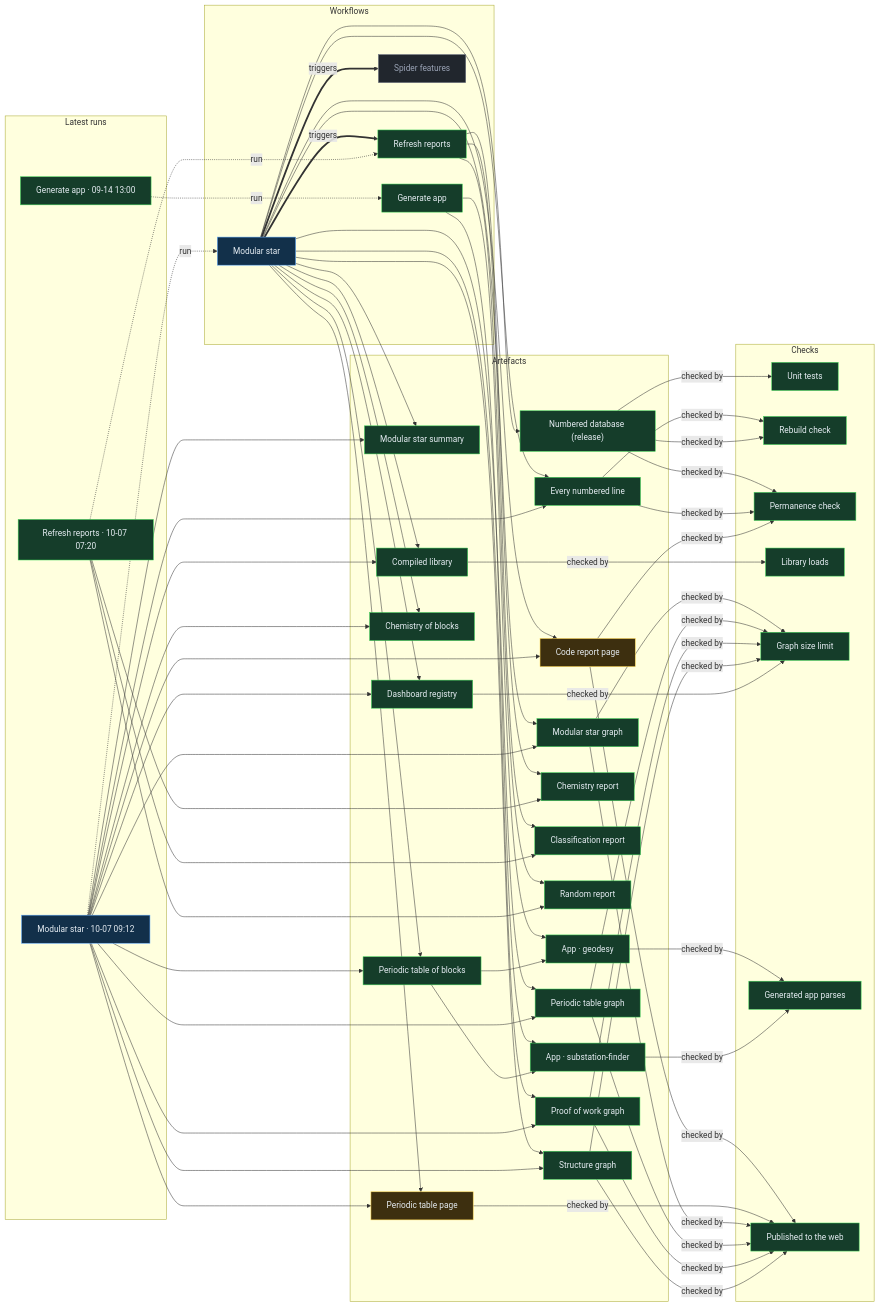
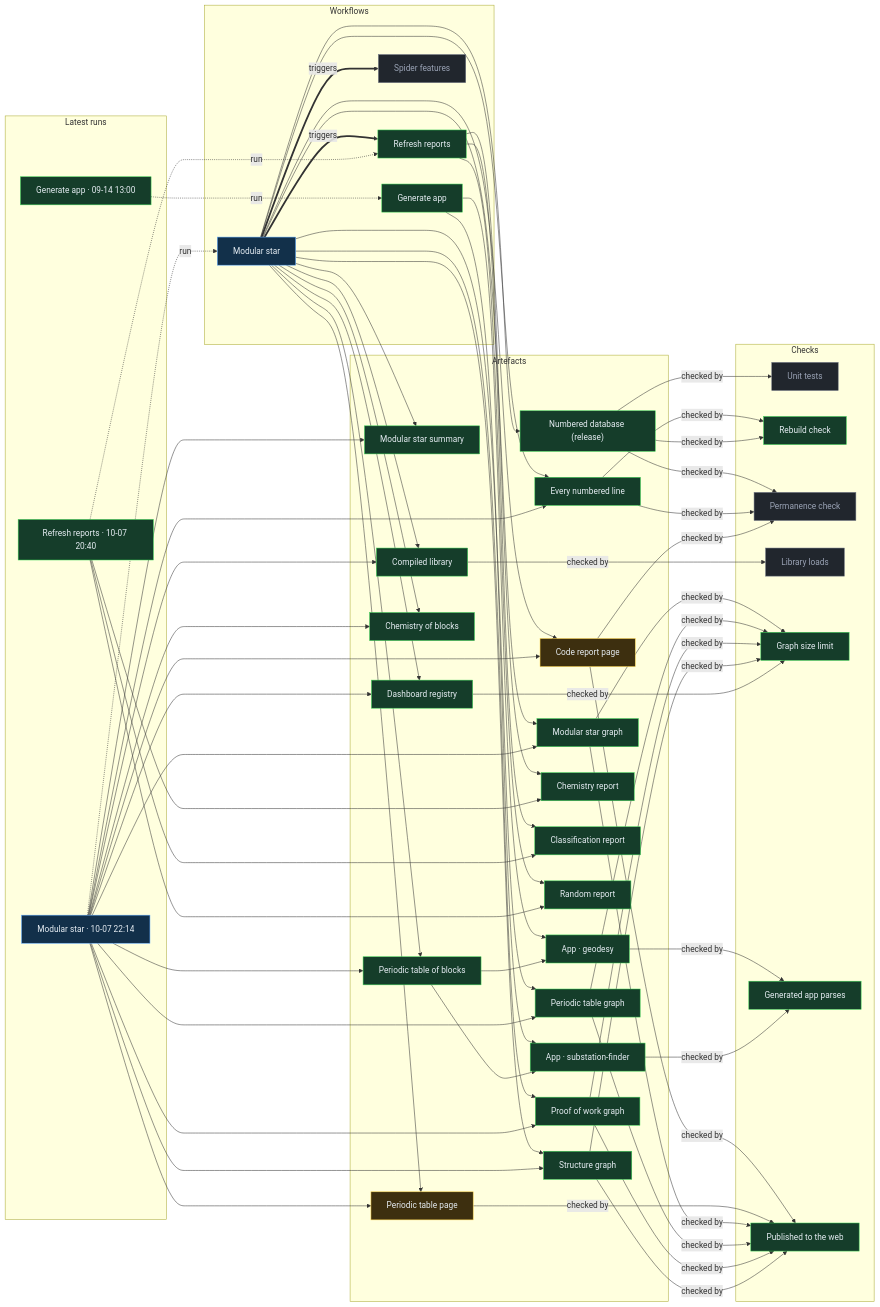
Before and after one commit to Ventusltd/stars: the diagram in proof/PROOF.md, drawn with Mermaid. The commit also changed other lines of this file and 44 other files, not shown here.

Commit message:
Modular star 2026-10-07T22:18Z

```diff
--- a/proof/PROOF.md
+++ b/proof/PROOF.md
@@ -24,8 +24,8 @@
   n_wf_spider_features["Spider features"]:::off
   end
   subgraph g_runs["Latest runs"]
-  n_run_37598972760["Modular star · 10-07 09:12"]:::live
-  n_run_37586756291["Refresh reports · 10-07 07:20"]:::ok
+  n_run_37694901941["Modular star · 10-07 22:14"]:::live
+  n_run_37683833453["Refresh reports · 10-07 20:40"]:::ok
   n_run_34846587798["Generate app · 09-14 13:00"]:::ok
   end
   subgraph g_artefacts["Artefacts"]
@@ -49,49 +49,49 @@
   n_app_substation_finder["App · substation-finder"]:::ok
   end
   subgraph g_checks["Checks"]
-  n_chk_tests["Unit tests"]:::ok
+  n_chk_tests["Unit tests"]:::off
   n_chk_rebuild["Rebuild check"]:::ok
-  n_chk_permanence["Permanence check"]:::ok
-  n_chk_library["Library loads"]:::ok
+  n_chk_permanence["Permanence check"]:::off
+  n_chk_library["Library loads"]:::off
   n_chk_size["Graph size limit"]:::ok
   n_chk_parses["Generated app parses"]:::ok
   n_chk_pages["Published to the web"]:::ok
   end
   n_wf_modular_star == triggers ==> n_wf_refresh
   n_wf_modular_star == triggers ==> n_wf_spider_features
-  n_run_37598972760 -. run .-> n_wf_modular_star
-  n_run_37586756291 -. run .-> n_wf_refresh
+  n_run_37694901941 -. run .-> n_wf_modular_star
+  n_run_37683833453 -. run .-> n_wf_refresh
   n_run_34846587798 -. run .-> n_wf_generate
   n_wf_modular_star --> n_art_summary
-  n_run_37598972760 --> n_art_summary
+  n_run_37694901941 --> n_art_summary
   n_wf_modular_star --> n_art_lines
-  n_run_37598972760 --> n_art_lines
+  n_run_37694901941 --> n_art_lines
   n_wf_modular_star --> n_art_code
-  n_run_37598972760 --> n_art_code
+  n_run_37694901941 --> n_art_code
   n_wf_modular_star --> n_art_modular_graph
-  n_run_37598972760 --> n_art_modular_graph
+  n_run_37694901941 --> n_art_modular_graph
   n_wf_modular_star --> n_art_blocks
-  n_run_37598972760 --> n_art_blocks
+  n_run_37694901941 --> n_art_blocks
   n_wf_modular_star --> n_art_table
-  n_run_37598972760 --> n_art_table
+  n_run_37694901941 --> n_art_table
   n_wf_modular_star --> n_art_blocks_graph
-  n_run_37598972760 --> n_art_blocks_graph
+  n_run_37694901941 --> n_art_blocks_graph
   n_wf_modular_star --> n_art_reactions
-  n_run_37598972760 --> n_art_reactions
+  n_run_37694901941 --> n_art_reactions
   n_wf_modular_star --> n_art_library
-  n_run_37598972760 --> n_art_library
+  n_run_37694901941 --> n_art_library
   n_wf_modular_star --> n_art_features
-  n_run_37598972760 --> n_art_features
+  n_run_37694901941 --> n_art_features
   n_wf_modular_star --> n_art_proof
-  n_run_37598972760 --> n_art_proof
+  n_run_37694901941 --> n_art_proof
   n_wf_modular_star --> n_art_structure
-  n_run_37598972760 --> n_art_structure
+  n_run_37694901941 --> n_art_structure
   n_wf_refresh --> n_art_chemistry
-  n_run_37586756291 --> n_art_chemistry
+  n_run_37683833453 --> n_art_chemistry
   n_wf_refresh --> n_art_vedic
-  n_run_37586756291 --> n_art_vedic
+  n_run_37683833453 --> n_art_vedic
   n_wf_refresh --> n_art_random
-  n_run_37586756291 --> n_art_random
+  n_run_37683833453 --> n_art_random
   n_wf_modular_star --> n_art_release
   n_wf_generate --> n_app_geodesy
   n_art_blocks --> n_app_geodesy
```
